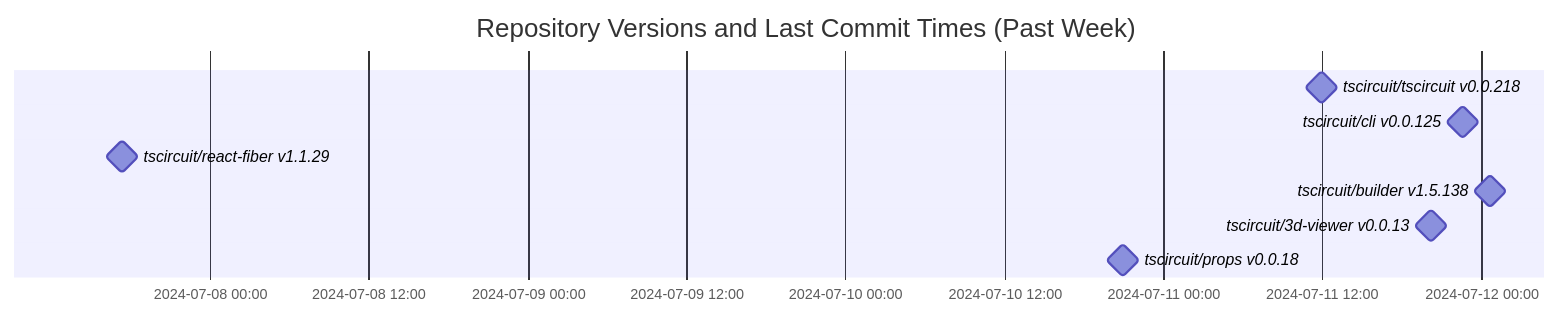
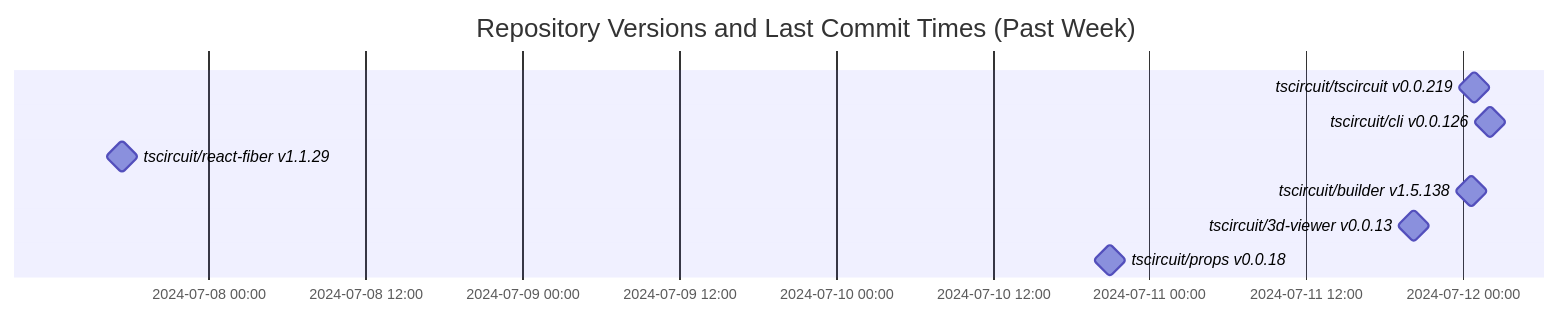
Before and after one commit to tscircuit/version-tracker: the diagram in README.md, drawn with Mermaid.

Commit message:
Update chart

````diff
--- a/README.md
+++ b/README.md
@@ -1,13 +1,13 @@
 ```mermaid
 gantt
   dateFormat  YYYY-MM-DD HH:mm:ss
   title Repository Versions and Last Commit Times (Past Week)
   axisFormat %Y-%m-%d %H:%M
 
-  tscircuit/tscircuit v0.0.218 : milestone, 2024-07-11 11:58:00, 1s
-  tscircuit/cli v0.0.125 : milestone, 2024-07-11 22:34:14, 1s
+  tscircuit/tscircuit v0.0.219 : milestone, 2024-07-12 00:54:13, 1s
+  tscircuit/cli v0.0.126 : milestone, 2024-07-12 02:04:02, 1s
   tscircuit/react-fiber v1.1.29 : milestone, 2024-07-07 17:23:26, 1s
   tscircuit/builder v1.5.138 : milestone, 2024-07-12 00:40:23, 1s
   tscircuit/3d-viewer v0.0.13 : milestone, 2024-07-11 20:12:35, 1s
   tscircuit/props v0.0.18 : milestone, 2024-07-10 20:59:29, 1s
 ```
````
